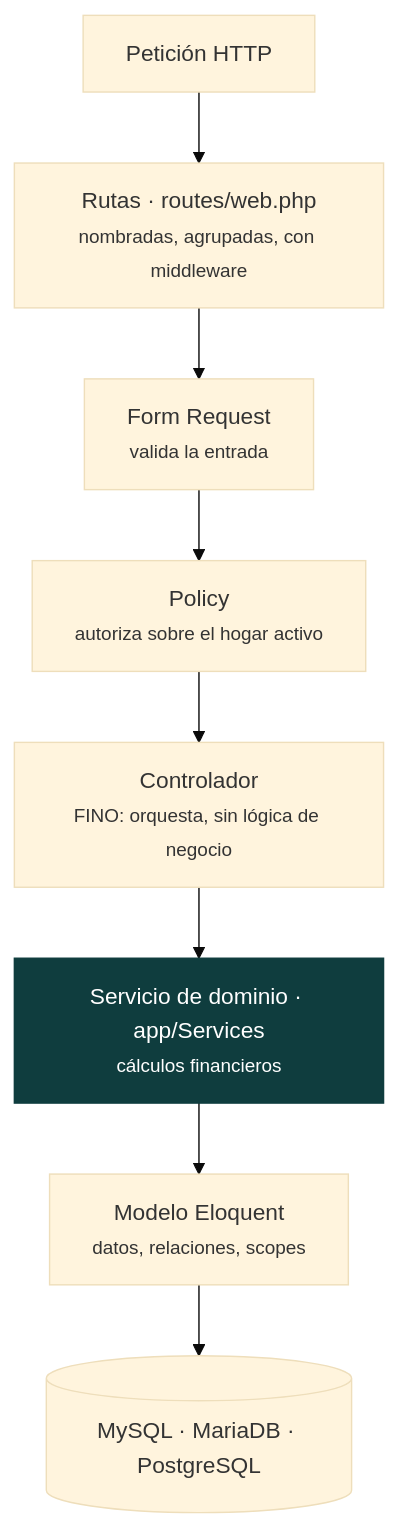
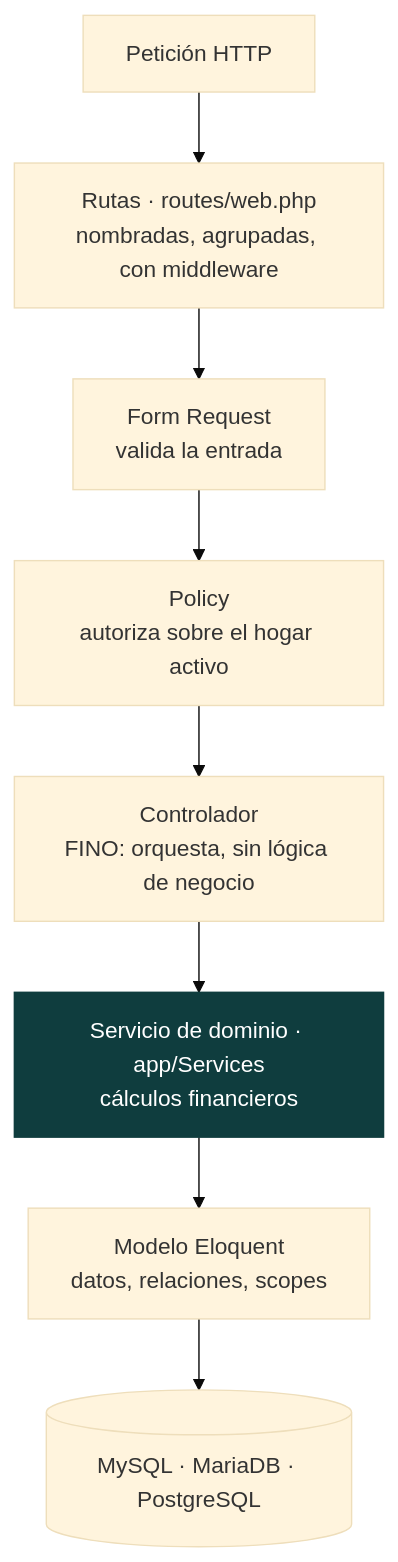
The first of 2 diagrams in docs/ARCHITECTURE.md (ronaldo-duran/Finlia), drawn with Mermaid (base theme) before and after one commit.

Commit message:
fix(docs): quitar <small> de los nodos Mermaid
GitHub no garantiza HTML arbitrario dentro de una etiqueta de nodo: <br/> sí
se respeta, pero <small> podía acabar saliendo como texto literal en el
diagrama. La segunda línea de cada nodo se lee igual sin él.

````diff
--- a/docs/ARCHITECTURE.md
+++ b/docs/ARCHITECTURE.md
@@ -20,13 +20,13 @@
 ```mermaid
 flowchart TD
-    REQ["Petición HTTP"] --> RUT["Rutas · routes/web.php<br/><small>nombradas, agrupadas, con middleware</small>"]
-    RUT --> FRQ["Form Request<br/><small>valida la entrada</small>"]
-    FRQ --> POL["Policy<br/><small>autoriza sobre el hogar activo</small>"]
-    POL --> CTR["Controlador<br/><small>FINO: orquesta, sin lógica de negocio</small>"]
-    CTR --> SRV["Servicio de dominio · app/Services<br/><small>cálculos financieros</small>"]
-    SRV --> MOD["Modelo Eloquent<br/><small>datos, relaciones, scopes</small>"]
+    REQ["Petición HTTP"] --> RUT["Rutas · routes/web.php<br/>nombradas, agrupadas, con middleware"]
+    RUT --> FRQ["Form Request<br/>valida la entrada"]
+    FRQ --> POL["Policy<br/>autoriza sobre el hogar activo"]
+    POL --> CTR["Controlador<br/>FINO: orquesta, sin lógica de negocio"]
+    CTR --> SRV["Servicio de dominio · app/Services<br/>cálculos financieros"]
+    SRV --> MOD["Modelo Eloquent<br/>datos, relaciones, scopes"]
     MOD --> BD[("MySQL · MariaDB · PostgreSQL")]
 
     classDef dominio fill:#0f3d3e,stroke:#0f3d3e,color:#fff
     class SRV dominio
 ```
````
